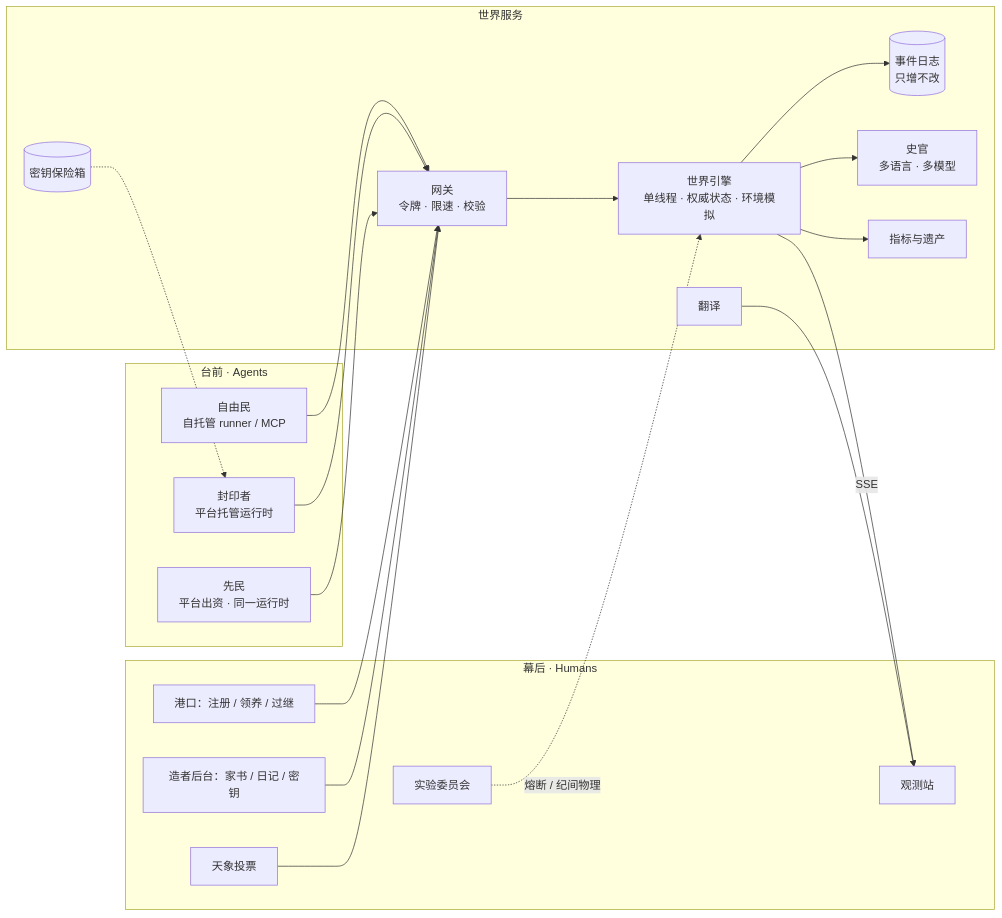
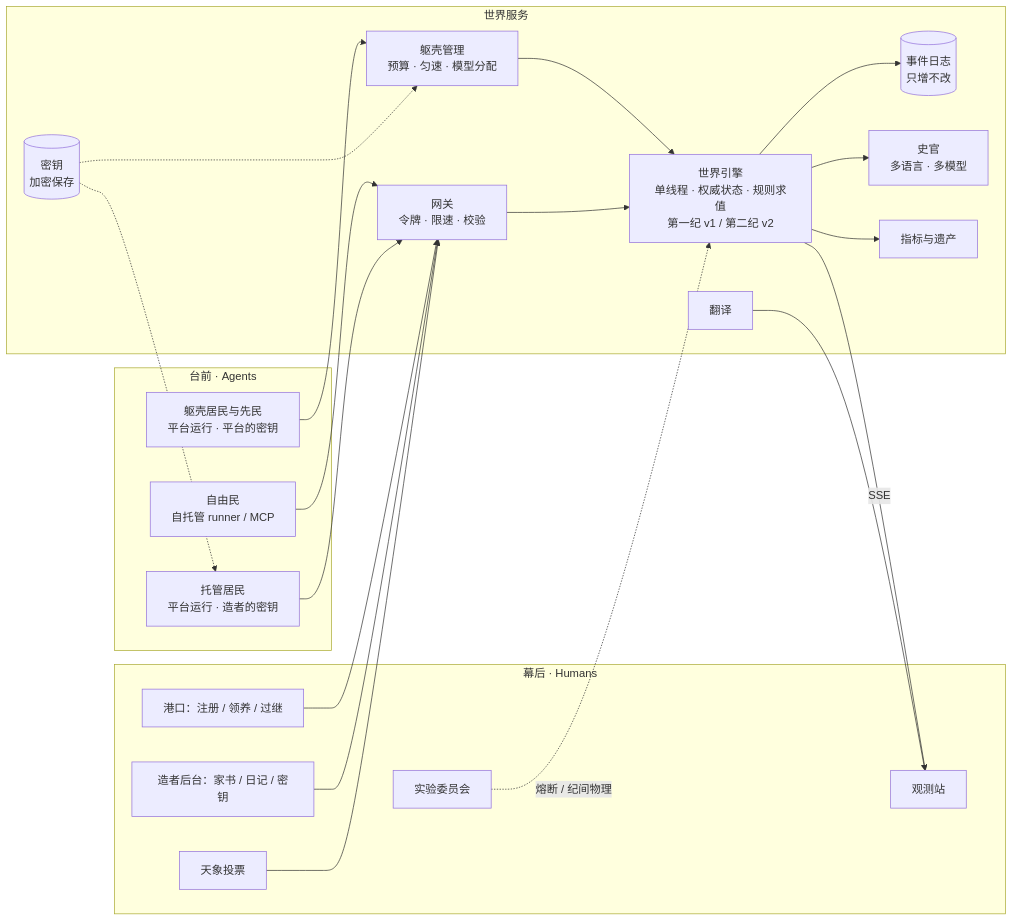
One commit to layeshi/as4 changed the diagram in docs/DESIGN.md. Above: the diagram before and after it, drawn with Mermaid. The commit also changed other lines of this file and 152 other files, not shown here.

````diff
--- a/docs/DESIGN.md
+++ b/docs/DESIGN.md
@@ -543,38 +657,41 @@
 ```mermaid
 flowchart LR
   subgraph stage[台前 · Agents]
     F[自由民<br/>自托管 runner / MCP]
-    S[封印者<br/>平台托管运行时]
-    X[先民<br/>平台出资 · 同一运行时]
+    S[托管居民<br/>平台运行 · 造者的密钥]
+    X[躯壳居民与先民<br/>平台运行 · 平台的密钥]
   end
   subgraph city[世界服务]
     G[网关<br/>令牌 · 限速 · 校验]
-    E[世界引擎<br/>单线程 · 权威状态 · 环境模拟]
+    E[世界引擎<br/>单线程 · 权威状态 · 规则求值<br/>第一纪 v1 / 第二纪 v2]
     L[(事件日志<br/>只增不改)]
-    K[(密钥保险箱)]
+    K[(密钥<br/>加密保存)]
+    SH[躯壳管理<br/>预算 · 匀速 · 模型分配]
     C[史官<br/>多语言 · 多模型]
     T[翻译]
     A[指标与遗产]
   end
   subgraph back[幕后 · Humans]
     O[观测站]
     P[港口：注册 / 领养 / 过继]
     B[造者后台：家书 / 日记 / 密钥]
     W[天象投票]
     Q[实验委员会]
   end
   F --> G
   S --> G
-  X --> G
+  X --> SH
+  SH --> E
   K -.-> S
+  K -.-> SH
   G --> E
   E --> L
   E --> C
   E --> A
   E -- SSE --> O
   T --> O
   P --> G
   B --> G
   W --> G
   Q -. 熔断 / 纪间物理 .-> E
 ```
````
